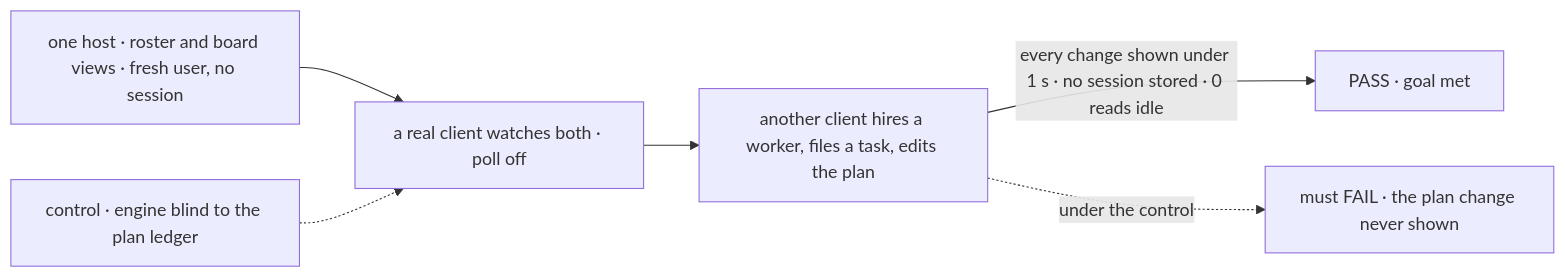
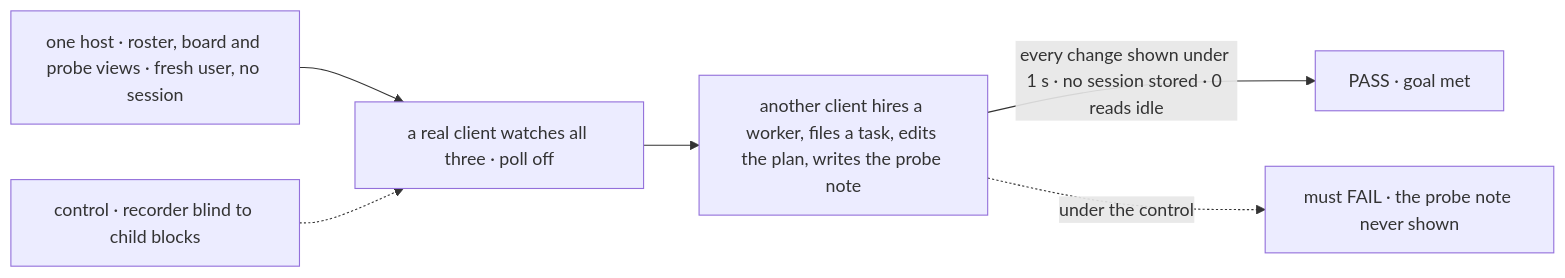
The first of 2 diagrams in specs/issues/FIX-2623/SPEC.md (fixpoint-labs/flow-state-dev), drawn with Mermaid before and after one commit. The commit also changed other lines of this file and 2 other files, not shown here.

````diff
--- a/specs/issues/FIX-2623/SPEC.md
+++ b/specs/issues/FIX-2623/SPEC.md
@@ -34,8 +34,8 @@
 ```mermaid
 flowchart LR
-  H["one host · roster and board views · fresh user, no session"] --> W["a real client watches both · poll off"]
-  W --> X["another client hires a worker, files a task, edits the plan"]
+  H["one host · roster, board and probe views · fresh user, no session"] --> W["a real client watches all three · poll off"]
+  W --> X["another client hires a worker, files a task, edits the plan, writes the probe note"]
   X -->|"every change shown under 1 s · no session stored · 0 reads idle"| P["PASS · goal met"]
-  C["control · engine blind to the plan ledger"] -.-> W
-  X -.->|"under the control"| F["must FAIL · the plan change never shown"]
+  C["control · recorder blind to child blocks"] -.-> W
+  X -.->|"under the control"| F["must FAIL · the probe note never shown"]
 ```
````
